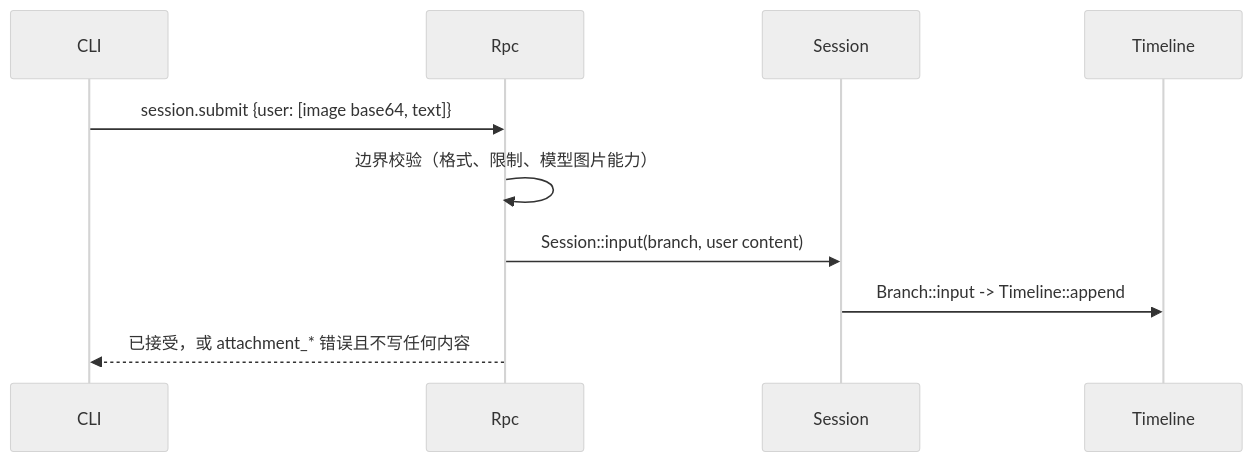
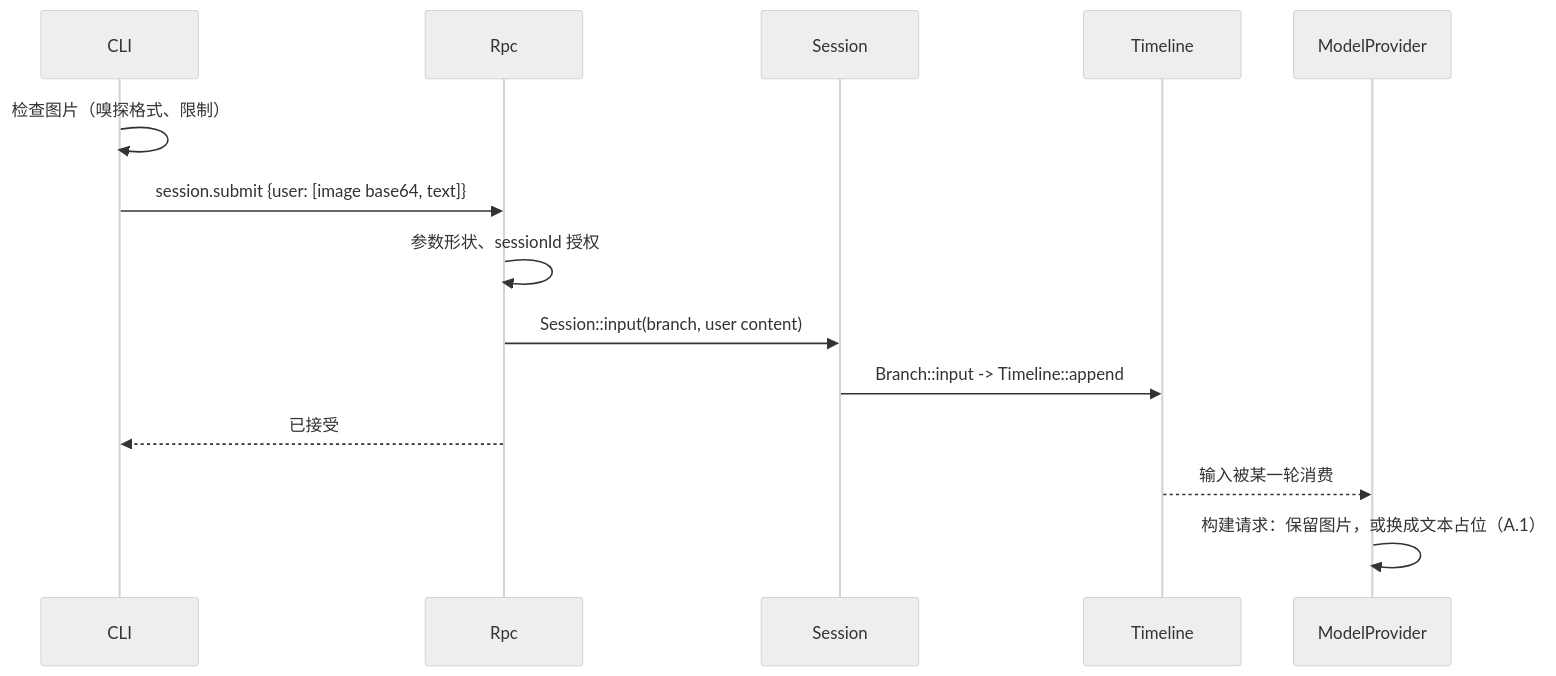
Before and after one commit to CoutinhoTTS/dim-agent: the third of 4 diagrams in docs/zh/design/plugins/Attachments.md, drawn with Mermaid (neutral theme). The commit also changed other lines of this file and 42 other files, not shown here.

````diff
--- a/docs/zh/design/plugins/Attachments.md
+++ b/docs/zh/design/plugins/Attachments.md
@@ -60,12 +64,16 @@
 ```mermaid
 sequenceDiagram
   participant C as CLI
   participant R as Rpc
   participant SA as Session
   participant TL as Timeline
+  participant M as ModelProvider
+  C->>C: 检查图片（嗅探格式、限制）
   C->>R: session.submit {user: [image base64, text]}
-  R->>R: 边界校验（格式、限制、模型图片能力）
+  R->>R: 参数形状、sessionId 授权
   R->>SA: Session::input(branch, user content)
   SA->>TL: Branch::input -> Timeline::append
-  R-->>C: 已接受，或 attachment_* 错误且不写任何内容
+  R-->>C: 已接受
+  TL-->>M: 输入被某一轮消费
+  M->>M: 构建请求：保留图片，或换成文本占位（A.1）
 ```
````
